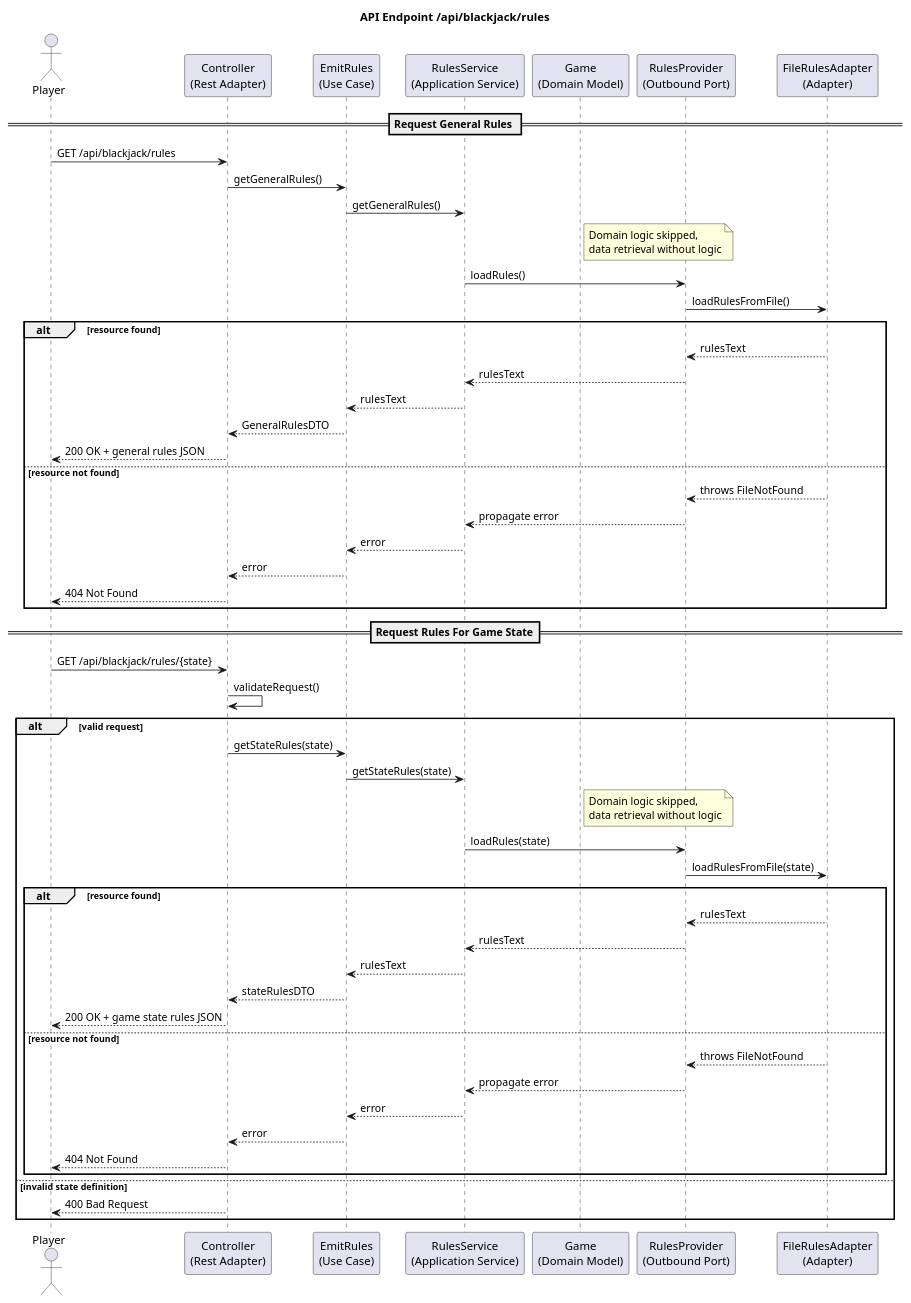
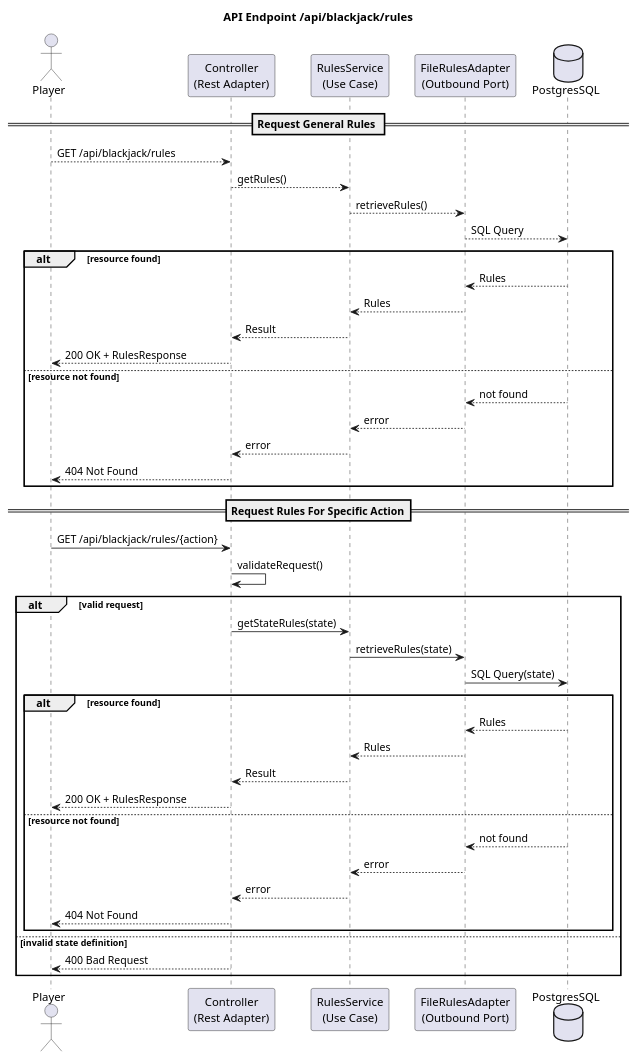
Before and after one commit to voelkerh/Blackjack: the diagram in docs/uml/sequence_diagram_rules.puml, drawn with PlantUML. The commit also changed 1 other file, not shown here.

Commit message:
Adjust rules diagrams to project structure

```diff
--- a/docs/uml/sequence_diagram_rules.puml
+++ b/docs/uml/sequence_diagram_rules.puml
@@ -1,72 +1,62 @@
 @startuml
 title API Endpoint /api/blackjack/rules
 actor Player
 
 participant "Controller\n(Rest Adapter)" as Controller
-participant "EmitRules\n(Use Case)" as UseCase
-participant "RulesService\n(Application Service)" as Service
-participant "Game\n(Domain Model)" as Domain
-participant "RulesProvider\n(Outbound Port)" as Port
-participant "FileRulesAdapter\n(Adapter)" as Adapter
+participant "RulesService\n(Use Case)" as Service
+participant "FileRulesAdapter\n(Outbound Port)" as Adapter
+database PostgresSQL
 
 == Request General Rules ==
 
-Player -> Controller : GET /api/blackjack/rules
-
-    Controller -> UseCase : getGeneralRules()
-    UseCase -> Service : getGeneralRules()
-    note right of Domain: Domain logic skipped, \ndata retrieval without logic
-    Service -> Port : loadRules()
-    Port -> Adapter : loadRulesFromFile()
+    Player --> Controller : GET /api/blackjack/rules
+    Controller --> Service : getRules()
+    Service --> Adapter : retrieveRules()
+    Adapter --> PostgresSQL : SQL Query
 
 alt resource found
-    Adapter --> Port : rulesText
-    Port --> Service : rulesText
-    Service --> UseCase : rulesText
-    UseCase --> Controller : GeneralRulesDTO
-    Controller --> Player : 200 OK + general rules JSON
+
+    PostgresSQL --> Adapter : Rules
+    Adapter --> Service : Rules
+    Service --> Controller : Result
+    Controller --> Player : 200 OK + RulesResponse
 
 else resource not found
-    Adapter --> Port : throws FileNotFound
-    Port --> Service : propagate error
-    Service --> UseCase : error
-    UseCase --> Controller : error
+    PostgresSQL --> Adapter : not found
+    Adapter --> Service : error
+    Service --> Controller : error
     Controller --> Player : 404 Not Found
 
 end
 
-== Request Rules For Game State==
+== Request Rules For Specific Action==
 
-Player -> Controller : GET /api/blackjack/rules/{state}
+Player -> Controller : GET /api/blackjack/rules/{action}
 Controller -> Controller : validateRequest()
 
 alt valid request
 
-        Controller -> UseCase : getStateRules(state)
-        UseCase -> Service : getStateRules(state)
-        note right of Domain: Domain logic skipped, \ndata retrieval without logic
-        Service -> Port : loadRules(state)
-        Port -> Adapter : loadRulesFromFile(state)
+        Controller -> Service : getStateRules(state)
+        Service -> Adapter : retrieveRules(state)
+        Adapter -> PostgresSQL : SQL Query(state)
 
     alt resource found
-        Adapter --> Port : rulesText
-        Port --> Service : rulesText
-        Service --> UseCase : rulesText
-        UseCase --> Controller : stateRulesDTO
-        Controller --> Player : 200 OK + game state rules JSON
+        PostgresSQL --> Adapter : Rules
+        Adapter --> Service : Rules
+        Service --> Controller : Result
+        Controller --> Player : 200 OK + RulesResponse
 
     else resource not found
-        Adapter --> Port : throws FileNotFound
-        Port --> Service : propagate error
-        Service --> UseCase : error
-        UseCase --> Controller : error
+        PostgresSQL --> Adapter : not found
+        Adapter --> Service : error
+        Service --> Controller : error
         Controller --> Player : 404 Not Found
     end
 
 else invalid state definition
 
     Controller --> Player : 400 Bad Request
 
 end
 
 @enduml
```
